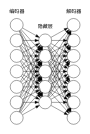
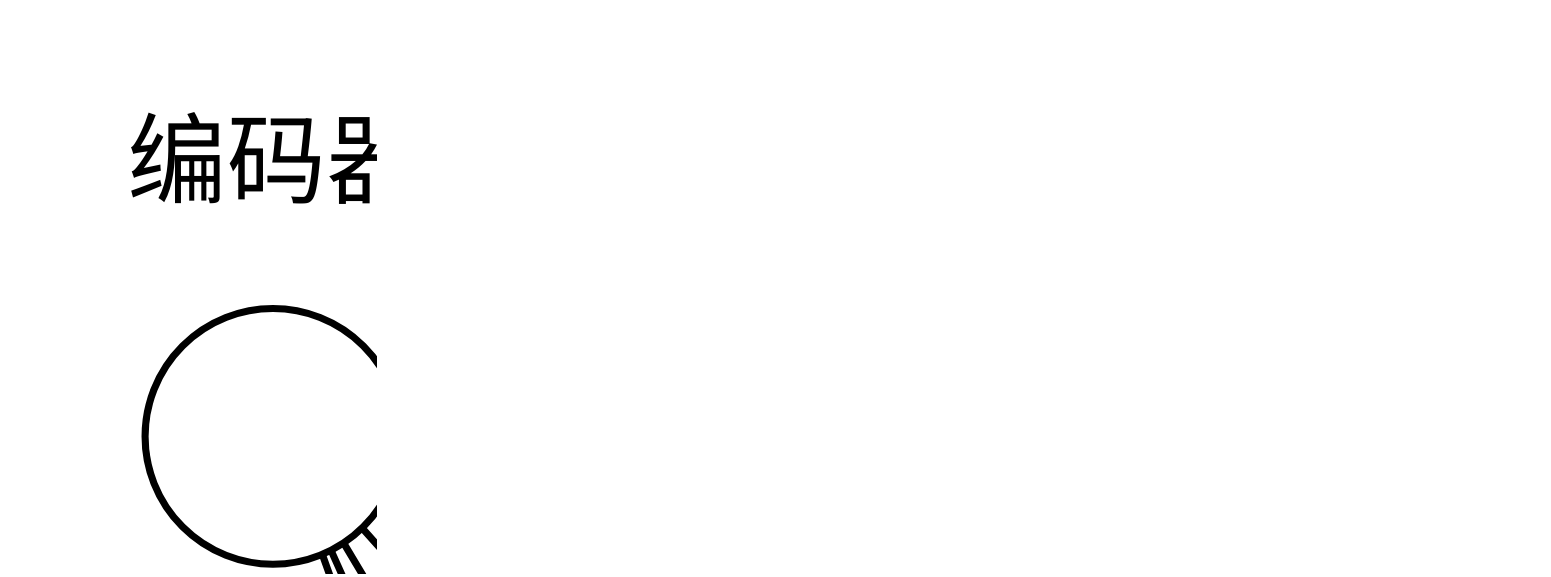
The diagram in tex/figs/autoencoder_structure.dot (jn7163/Control_and_Desicion_Autoencoder_Paper), drawn with Graphviz before and after one commit. The commit also changed 11 other files, not shown here.

```diff
--- a/tex/figs/autoencoder_structure.dot
+++ b/tex/figs/autoencoder_structure.dot
@@ -1,26 +1,28 @@
 digraph autoencoder{
+    resolution=480;
+    dpi = 320;
     node[style="solid", shape=circle, label=""]
     splines=line
     nodesep=.1
     rankdir="LR"
 
     subgraph cluster_encoder{
         color=white;
         x1, x2, x3, x4, x5, x6, x7
         label = "编码器"
     }
 
     subgraph cluster_hidden{
         color=white;
         h1, h2, h3, h4, h5
         label="隐藏层"
     }
 
     subgraph cluster_decoder{
         color=white;
         y1, y2, y3, y4, y5, y6, y7
         label="解码器"
 }
 
     {x1, x2, x3, x4, x5, x6, x7} -> {h1, h2, h3, h4, h5} -> {y1, y2, y3, y4, y5, y6, y7}
 }
```
